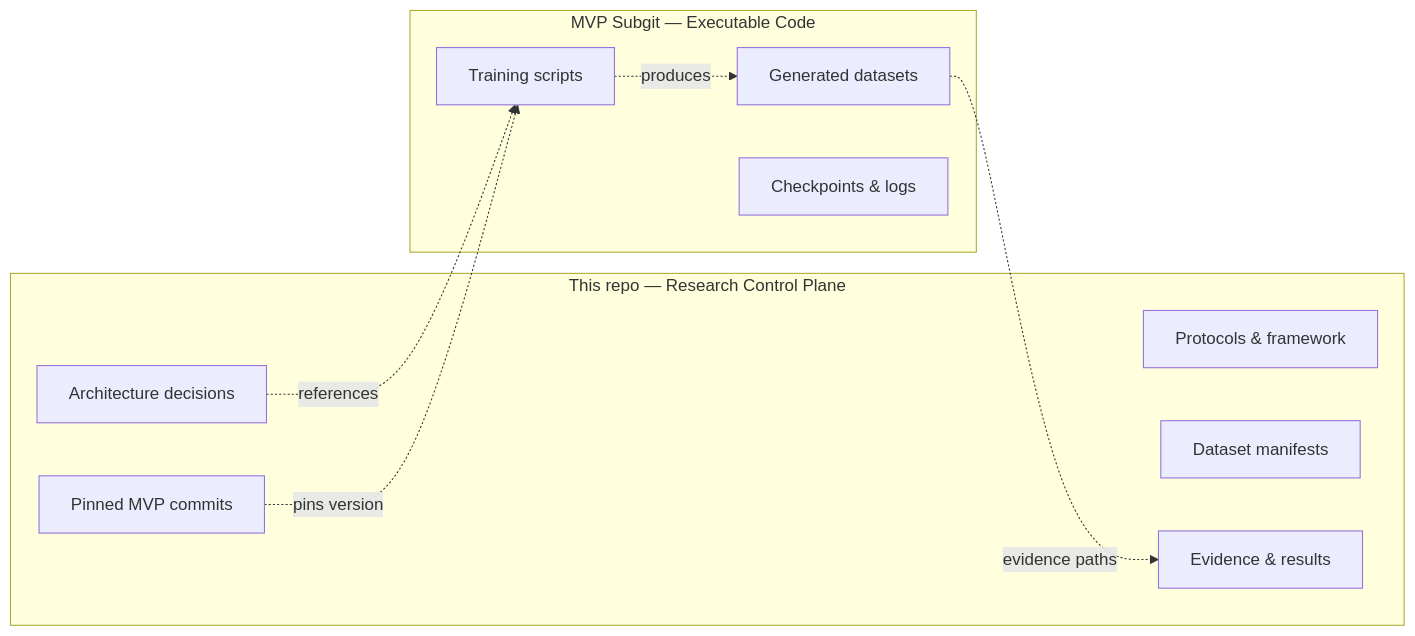
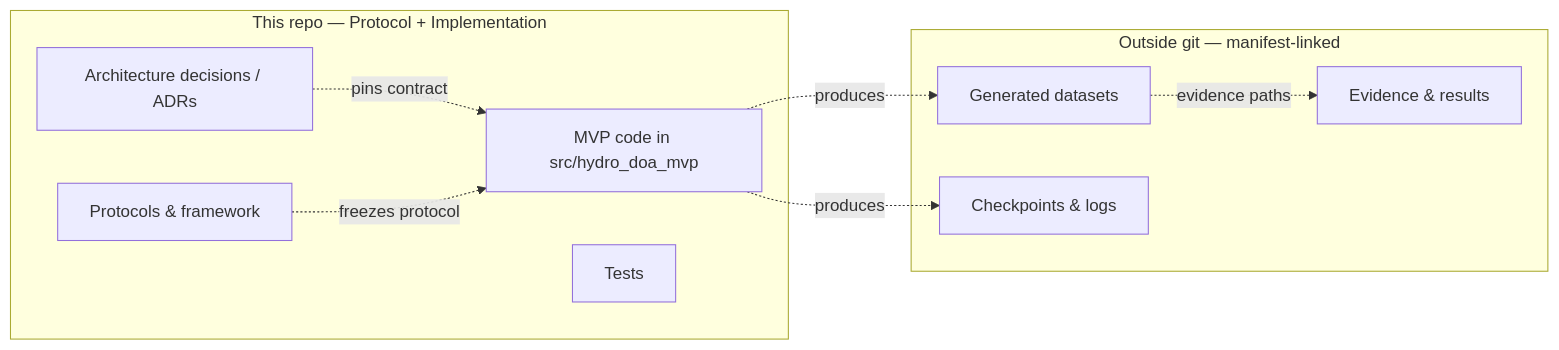
One commit to NikitaS2001/hydroacoustic-doa changed the second of 3 diagrams in README.md. Above: the diagram before and after it, drawn with Mermaid. The commit also changed other lines of this file and 13 other files, not shown here.

````diff
--- a/README.md
+++ b/README.md
@@ -29,21 +37,21 @@
 ```mermaid
 graph LR
-    subgraph Research Repo [This repo — Research Control Plane]
-        A[Architecture decisions]
+    subgraph Research Repo [This repo — Protocol + Implementation]
+        A[Architecture decisions / ADRs]
         B[Protocols & framework]
-        C[Dataset manifests]
-        D[Pinned MVP commits]
-        E[Evidence & results]
+        C[MVP code in src/hydro_doa_mvp]
+        D[Tests]
     end
-    
-    subgraph MVP Repo [MVP Subgit — Executable Code]
-        F[Training scripts]
-        G[Generated datasets]
-        H[Checkpoints & logs]
+
+    subgraph Artifacts [Outside git — manifest-linked]
+        E[Generated datasets]
+        F[Checkpoints & logs]
+        G[Evidence & results]
     end
-    
-    A -.->|references| F
-    D -.->|pins version| F
-    F -.->|produces| G
-    G -.->|evidence paths| E
+
+    A -.->|pins contract| C
+    B -.->|freezes protocol| C
+    C -.->|produces| E
+    C -.->|produces| F
+    E -.->|evidence paths| G
 ```
````
